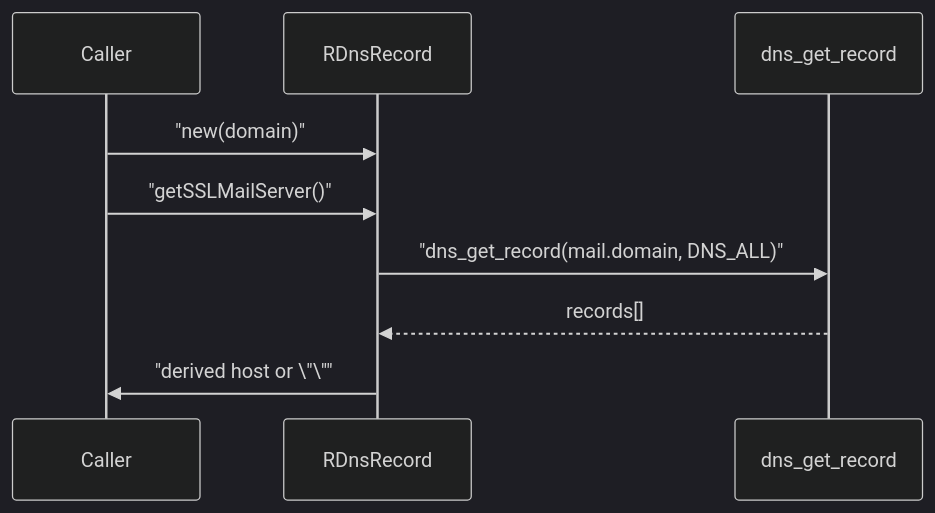
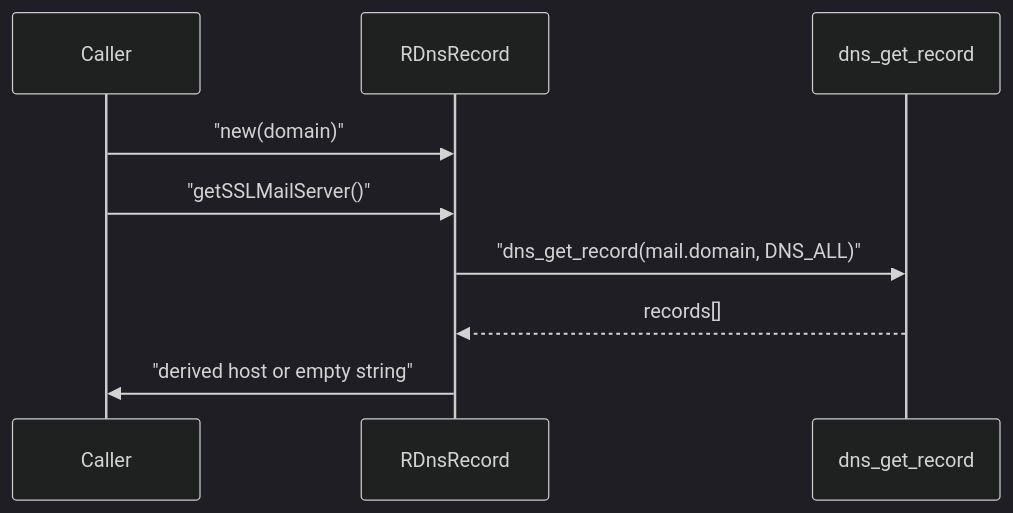
The second of 2 diagrams in dns/HLD.md (pauljrhodes/ramblers-library), drawn with Mermaid (dark theme) before and after one commit. The commit also changed other lines of this file and 32 other files, not shown here.

Commit message:
Fix Mermaid diagrams for GitHub rendering

````diff
--- a/dns/HLD.md
+++ b/dns/HLD.md
@@ -33,12 +33,12 @@
 ```mermaid
 sequenceDiagram
     participant Caller
     participant Resolver as RDnsRecord
     participant DNS as dns_get_record
 
     Caller->>Resolver: "new(domain)"
     Caller->>Resolver: "getSSLMailServer()"
     Resolver->>DNS: "dns_get_record(mail.domain, DNS_ALL)"
     DNS-->>Resolver: records[]
-    Resolver->>Caller: "derived host or \"\""
+    Resolver->>Caller: "derived host or empty string"
 ```
````
